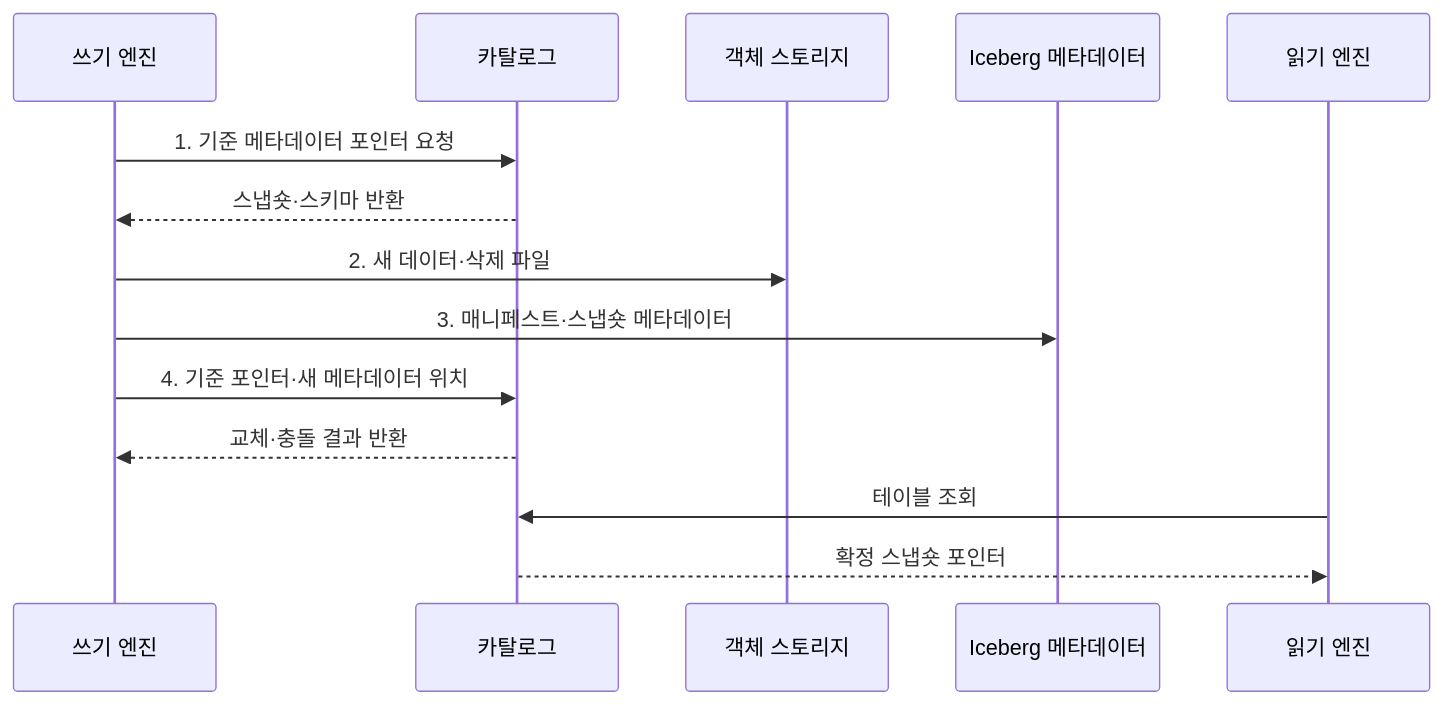
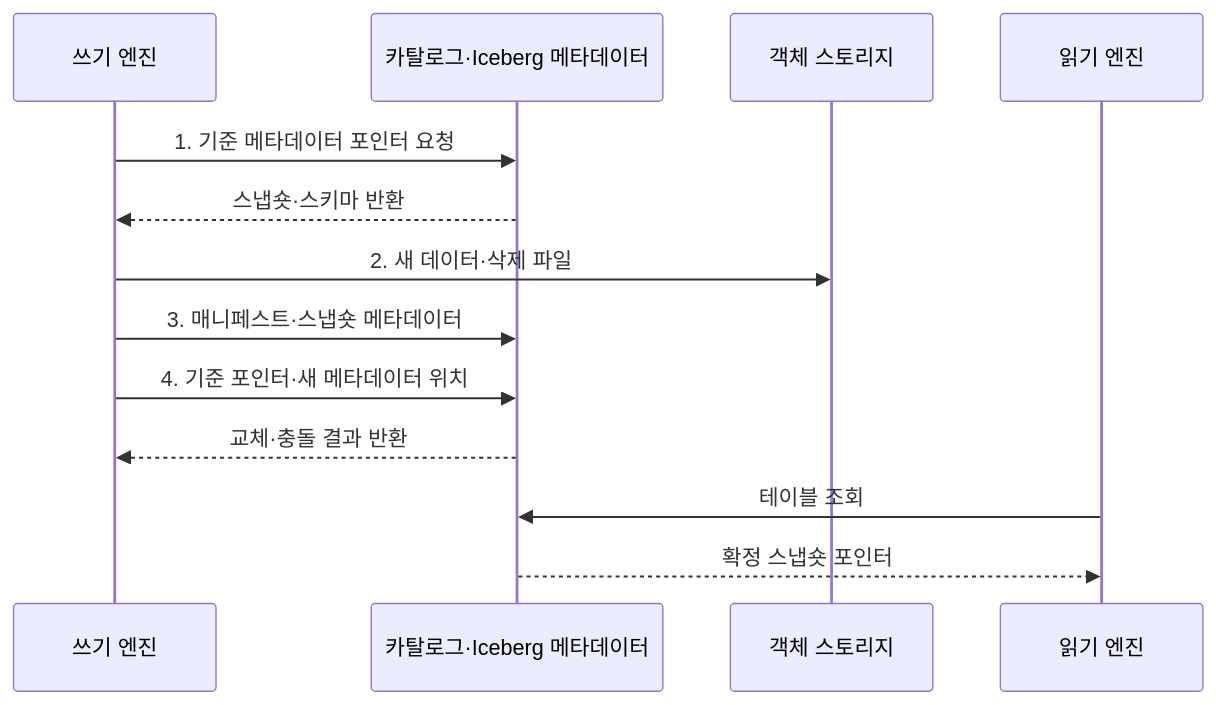
One commit to agnusdei1207/knowledge-base changed the second of 2 diagrams in src/content/docs/notes/03-software/128_apache_iceberg.md. Above: the diagram before and after it, drawn with Mermaid. The commit also changed 9 other files, not shown here.

Commit message:
Trim data engineering diagram actors

````diff
--- a/src/content/docs/notes/03-software/128_apache_iceberg.md
+++ b/src/content/docs/notes/03-software/128_apache_iceberg.md
@@ -94,16 +94,15 @@
 ```mermaid
 sequenceDiagram
     participant W as 쓰기 엔진
-    participant C as 카탈로그
+    participant C as 카탈로그·Iceberg 메타데이터
     participant D as 객체 스토리지
-    participant M as Iceberg 메타데이터
     participant R as 읽기 엔진
     W->>C: 1. 기준 메타데이터 포인터 요청
     C-->>W: 스냅숏·스키마 반환
     W->>D: 2. 새 데이터·삭제 파일
-    W->>M: 3. 매니페스트·스냅숏 메타데이터
+    W->>C: 3. 매니페스트·스냅숏 메타데이터
     W->>C: 4. 기준 포인터·새 메타데이터 위치
     C-->>W: 교체·충돌 결과 반환
     R->>C: 테이블 조회
     C-->>R: 확정 스냅숏 포인터
 ```
````
